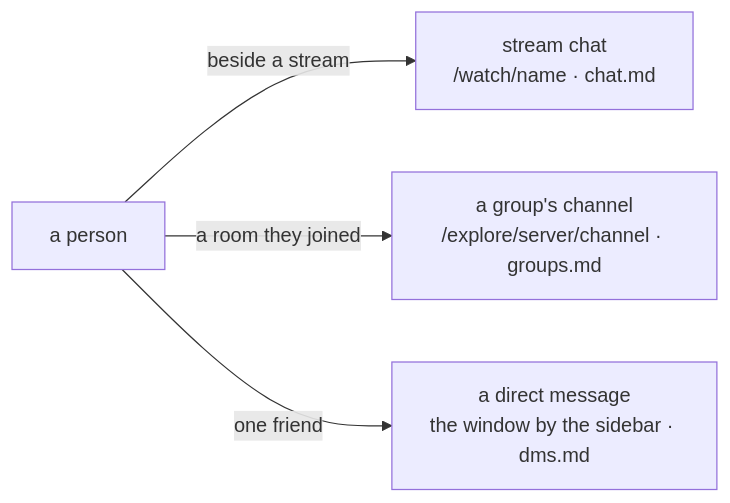
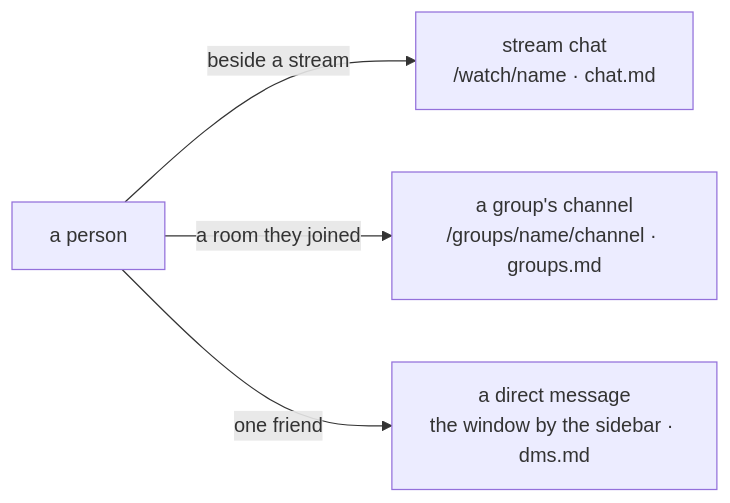
The diagram in docs/chats.md (ZeroNerodaHero/slop-stream-architecture), drawn with Mermaid before and after one commit. The commit also changed other lines of this file and 58 other files, not shown here.

````diff
--- a/docs/chats.md
+++ b/docs/chats.md
@@ -5,7 +5,7 @@
 ```mermaid
 flowchart LR
   person[a person]
   person -->|beside a stream| stream["stream chat<br/>/watch/name · chat.md"]
-  person -->|a room they joined| group["a group's channel<br/>/explore/server/channel · groups.md"]
+  person -->|a room they joined| group["a group's channel<br/>/groups/name/channel · groups.md"]
   person -->|one friend| dm["a direct message<br/>the window by the sidebar · dms.md"]
 ```
````
